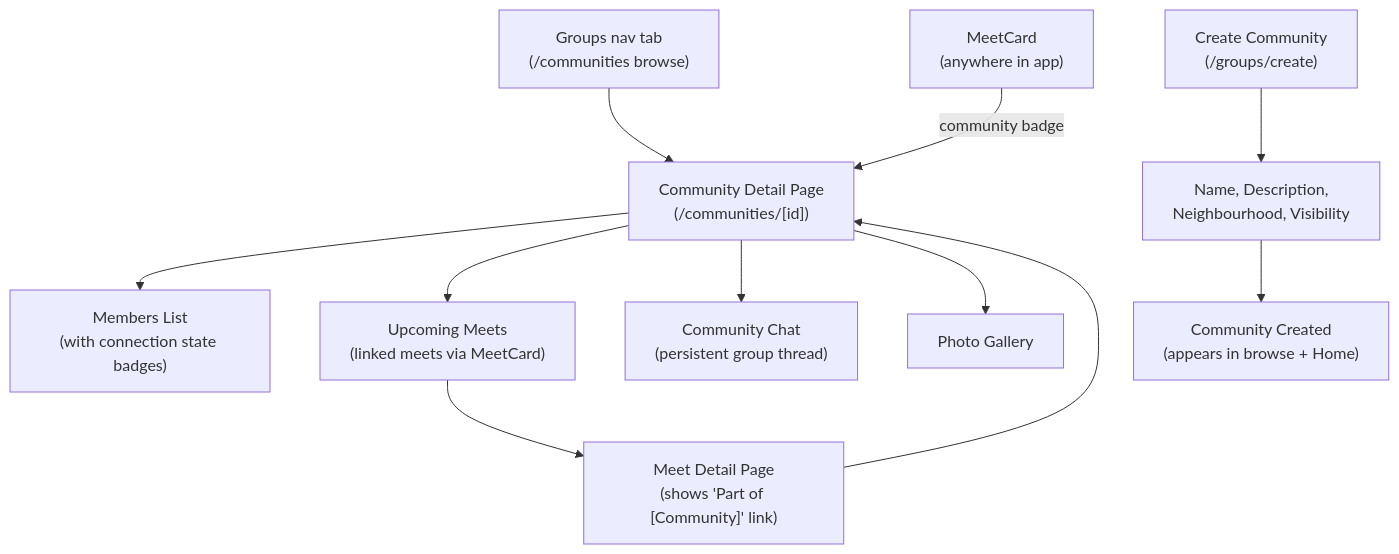
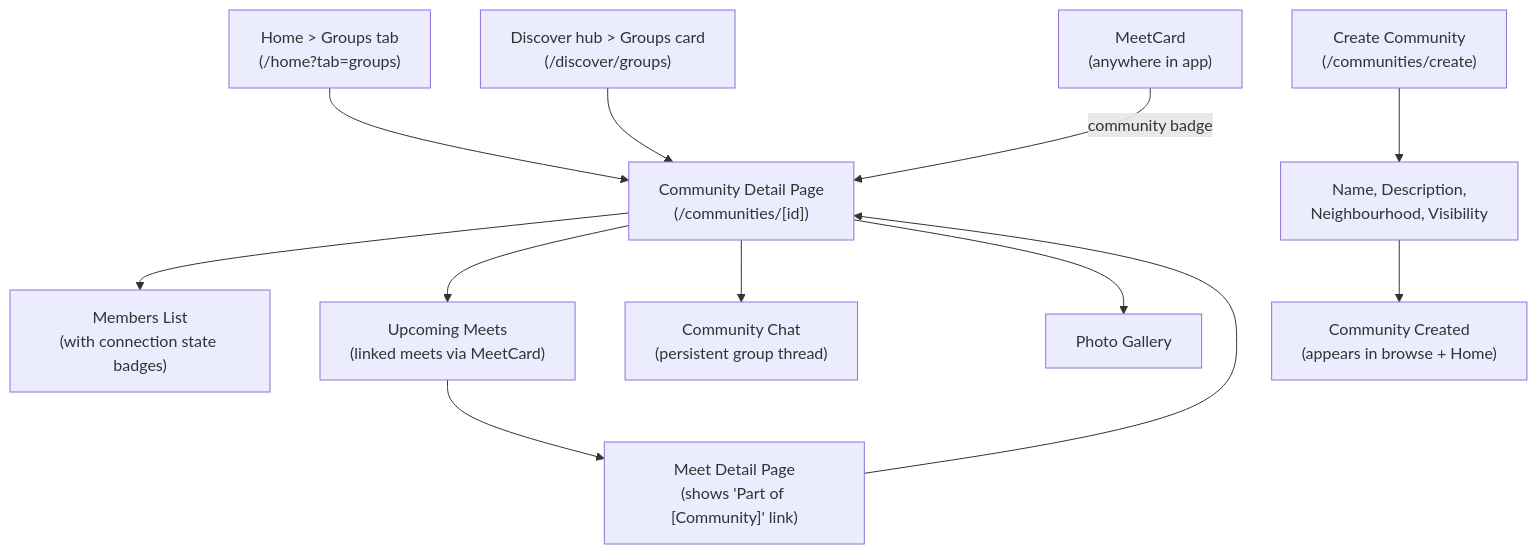
The diagram in docs/flows/groups.md (ShawnTalvacchia/doggo), drawn with Mermaid before and after one commit. The commit also changed other lines of this file and 48 other files, not shown here.

First line of the commit message:
Phase 19 — UI rebuild: Discover three-panel layout, mobile tabbed views, contextual nav

````diff
--- a/docs/flows/groups.md
+++ b/docs/flows/groups.md
@@ -10,16 +10,17 @@
 ```mermaid
 flowchart TD
-    A["Groups nav tab\n(/communities browse)"] --> B["Community Detail Page\n(/communities/[id])"]
+    A["Home > Groups tab\n(/home?tab=groups)"] --> B["Community Detail Page\n(/communities/[id])"]
+    A3["Discover hub > Groups card\n(/discover/groups)"] --> B
     B --> C["Members List\n(with connection state badges)"]
     B --> D["Upcoming Meets\n(linked meets via MeetCard)"]
     B --> E["Community Chat\n(persistent group thread)"]
     B --> F["Photo Gallery"]
 
-    G["Create Community\n(/groups/create)"] --> H["Name, Description,\nNeighbourhood, Visibility"]
+    G["Create Community\n(/communities/create)"] --> H["Name, Description,\nNeighbourhood, Visibility"]
     H --> I["Community Created\n(appears in browse + Home)"]
 
     D --> J["Meet Detail Page\n(shows 'Part of [Community]' link)"]
     J --> B
 
     K["MeetCard\n(anywhere in app)"] -->|"community badge"| B
 ```
````
